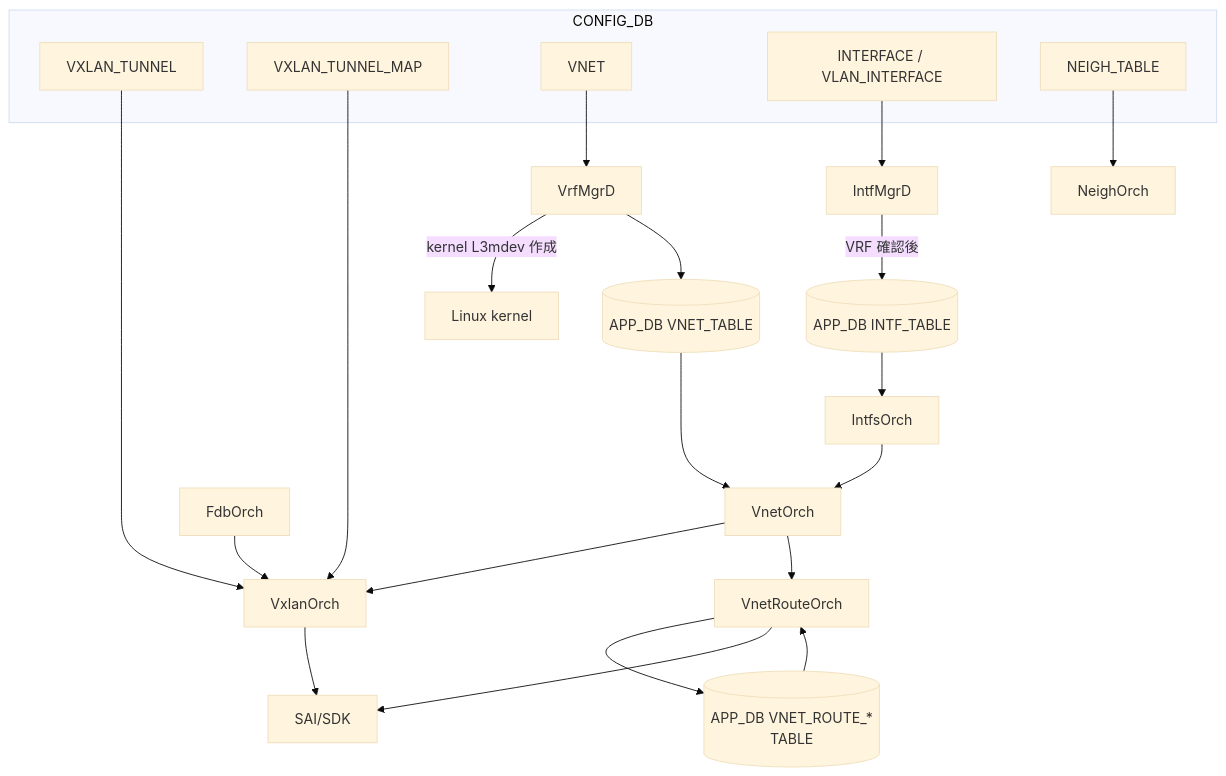
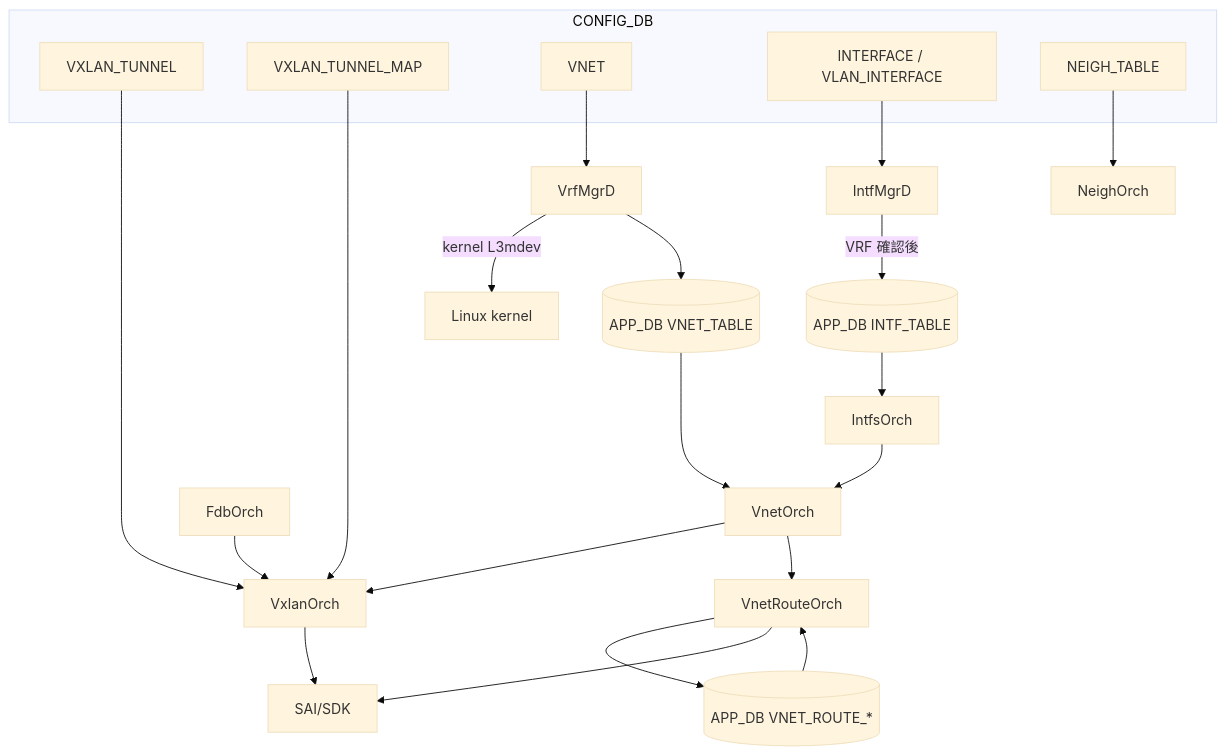
One commit to aoki-taquan/sonic-unofficial-docs changed the first of 2 diagrams in docs/overlay/vxlan-sonic.md. Above: the diagram before and after it, drawn with Mermaid (base theme). The commit also changed other lines of this file and 4 other files, not shown here.

````diff
--- a/docs/overlay/vxlan-sonic.md
+++ b/docs/overlay/vxlan-sonic.md
@@ -66,28 +56,28 @@
 ```mermaid
 flowchart TB
     subgraph CONFIG_DB
       VXT[VXLAN_TUNNEL]
       VXM[VXLAN_TUNNEL_MAP]
       VNET[VNET]
       INTF[INTERFACE / VLAN_INTERFACE]
       NEIGH[NEIGH_TABLE]
     end
     VNET --> VRFM[VrfMgrD]
-    VRFM -->|kernel L3mdev 作成| KERN[Linux kernel]
+    VRFM -->|kernel L3mdev| KERN[Linux kernel]
     VRFM --> VNETT[(APP_DB VNET_TABLE)]
     VNETT --> VNO[VnetOrch]
     INTF --> IM[IntfMgrD]
     IM -->|VRF 確認後| ITT[(APP_DB INTF_TABLE)]
     ITT --> IO[IntfsOrch]
     IO --> VNO
     VXT --> VXO[VxlanOrch]
     VXM --> VXO
     NEIGH --> NB[NeighOrch]
     VNO --> VXO
     VNO --> VRO[VnetRouteOrch]
-    VRO --> APPR[(APP_DB VNET_ROUTE_*\nTABLE)]
+    VRO --> APPR[(APP_DB VNET_ROUTE_*)]
     APPR --> VRO
     VRO --> SAI[SAI/SDK]
     VXO --> SAI
     FDB[FdbOrch] --> VXO
 ```
````
